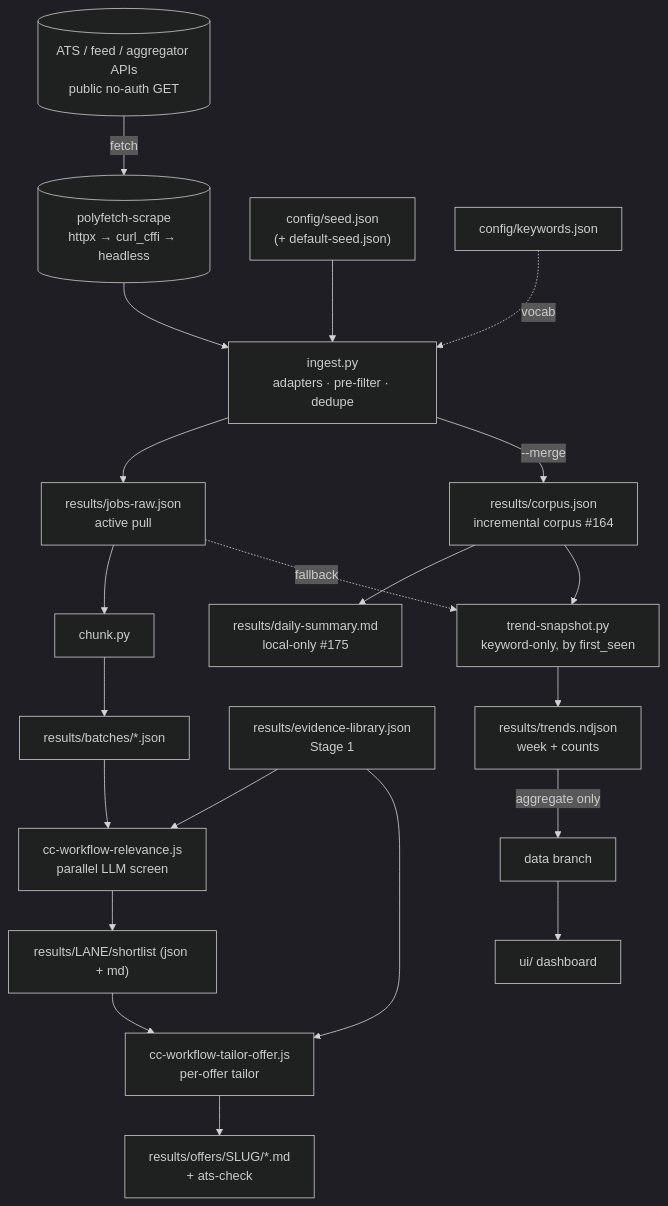
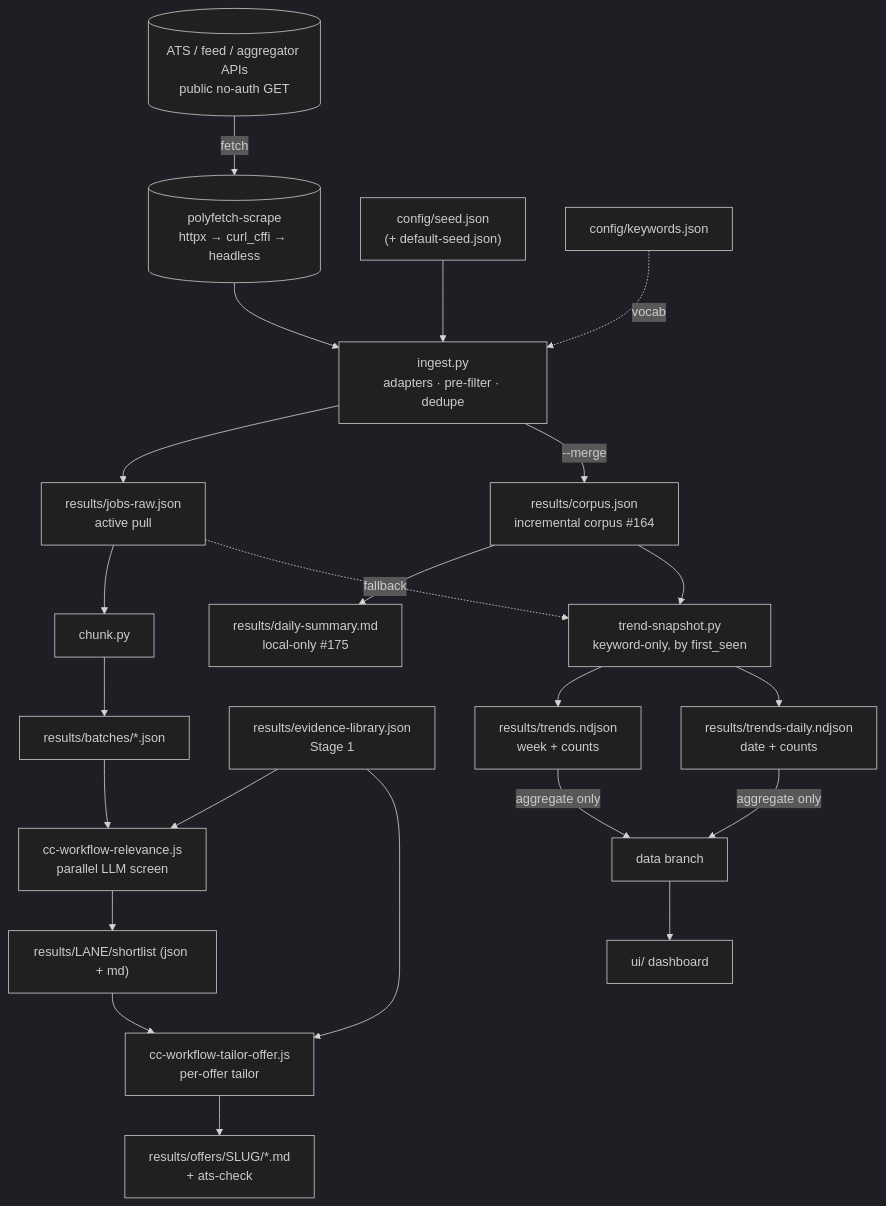
One commit to qte77/agentic-job-offer-to-application-kit changed the first of 2 diagrams in docs/architecture.md. Above: the diagram before and after it, drawn with Mermaid (dark theme). The commit also changed other lines of this file and 6 other files, not shown here.

First line of the commit message:
feat(trends): daily granularity data layer (weekly rolled up from daily) (#189)

````diff
--- a/docs/architecture.md
+++ b/docs/architecture.md
@@ -13,19 +13,21 @@
 ```mermaid
 flowchart TD
   ext[("ATS / feed / aggregator APIs<br/>public no-auth GET")] -->|fetch| poly[("polyfetch-scrape<br/>httpx → curl_cffi → headless")]
   seed["config/seed.json<br/>(+ default-seed.json)"] --> ingest["ingest.py<br/>adapters · pre-filter · dedupe"]
   kw["config/keywords.json"] -. vocab .-> ingest
   poly --> ingest
   ingest --> raw["results/jobs-raw.json<br/>active pull"]
   ingest -->|"--merge"| corpus["results/corpus.json<br/>incremental corpus #164"]
   corpus --> digest["results/daily-summary.md<br/>local-only #175"]
   raw --> chunk["chunk.py"] --> batches["results/batches/*.json"]
   ev["results/evidence-library.json<br/>Stage 1"] --> rel["cc-workflow-relevance.js<br/>parallel LLM screen"]
   batches --> rel --> short["results/LANE/shortlist (json + md)"]
   short --> tailor["cc-workflow-tailor-offer.js<br/>per-offer tailor"]
   ev --> tailor --> offers["results/offers/SLUG/*.md<br/>+ ats-check"]
   corpus --> trends["trend-snapshot.py<br/>keyword-only, by first_seen"]
   raw -. fallback .-> trends
   trends --> ndjson["results/trends.ndjson<br/>week + counts"]
+  trends --> dndjson["results/trends-daily.ndjson<br/>date + counts"]
   ndjson -->|aggregate only| dbranch["data branch"] --> ui["ui/ dashboard"]
+  dndjson -->|aggregate only| dbranch
 ```
````
